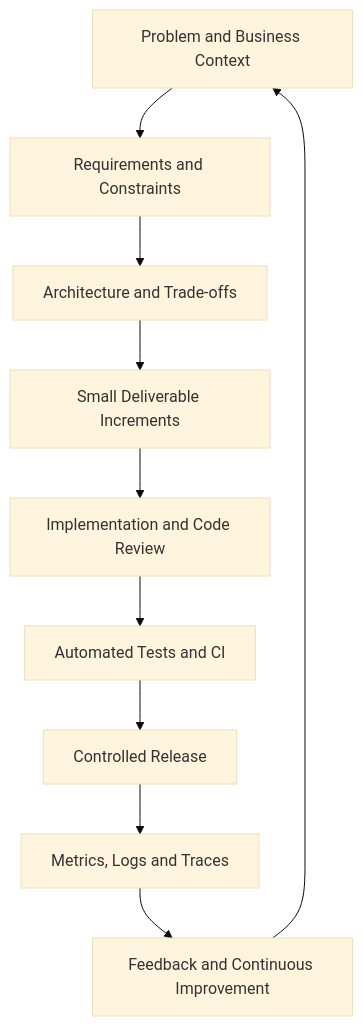
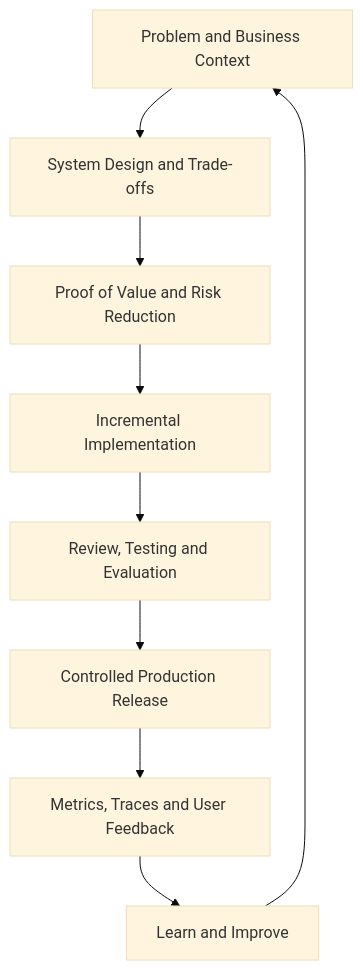
The third of 3 diagrams in README.md (MobinRezaeifar/MobinRezaeifar), drawn with Mermaid (base theme) before and after one commit. The commit also changed other lines of this file, not shown here.

````diff
--- a/README.md
+++ b/README.md
@@ -108,12 +156,11 @@
 ```mermaid
 flowchart TD
-    A[Problem and Business Context] --> B[Requirements and Constraints]
-    B --> C[Architecture and Trade-offs]
-    C --> D[Small Deliverable Increments]
-    D --> E[Implementation and Code Review]
-    E --> F[Automated Tests and CI]
-    F --> G[Controlled Release]
-    G --> H[Metrics, Logs and Traces]
-    H --> I[Feedback and Continuous Improvement]
-    I --> A
+    A[Problem and Business Context] --> B[System Design and Trade-offs]
+    B --> C[Proof of Value and Risk Reduction]
+    C --> D[Incremental Implementation]
+    D --> E[Review, Testing and Evaluation]
+    E --> F[Controlled Production Release]
+    F --> G[Metrics, Traces and User Feedback]
+    G --> H[Learn and Improve]
+    H --> A
 ```
````
